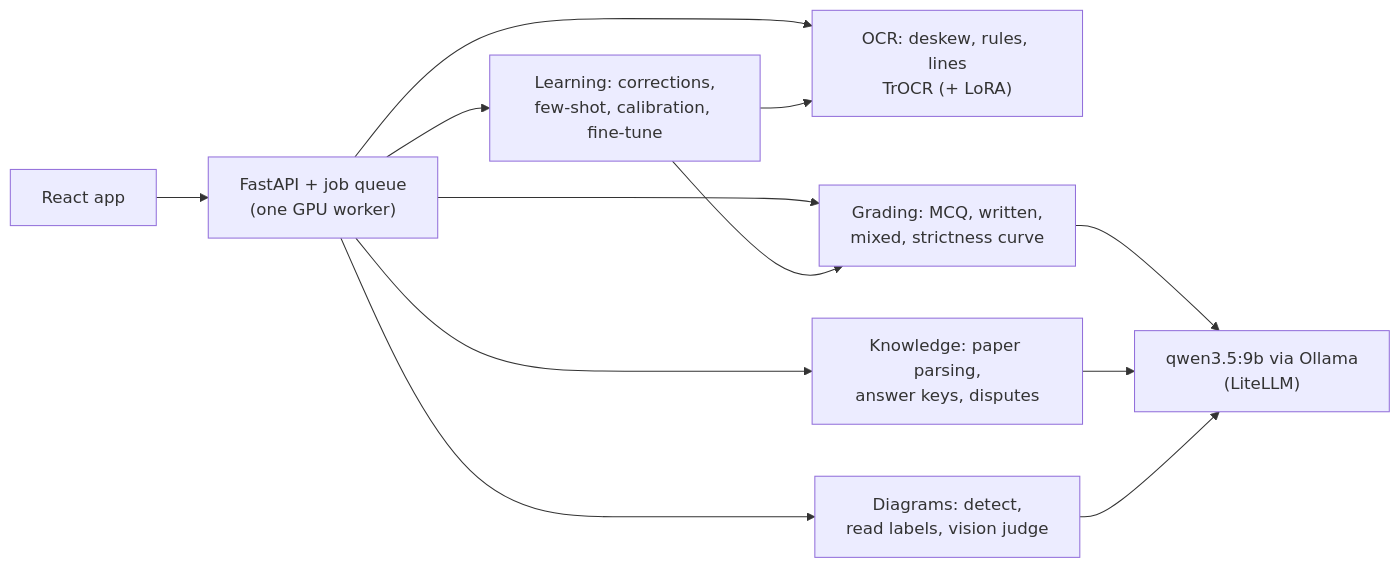
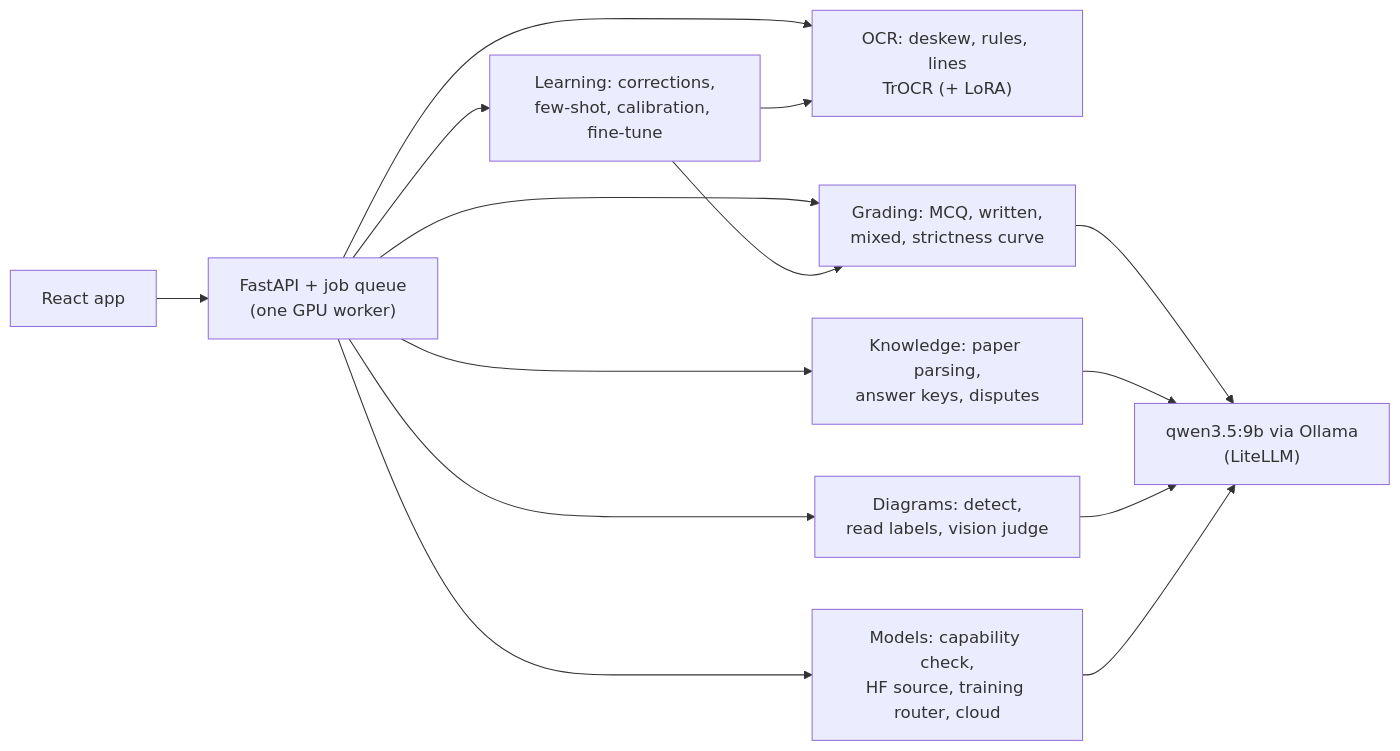
One commit to masanta-s/GradeForge changed the diagram in README.md. Above: the diagram before and after it, drawn with Mermaid. The commit also changed other lines of this file and 8 other files, not shown here.

````diff
--- a/README.md
+++ b/README.md
@@ -55,14 +80,16 @@
 ```mermaid
 flowchart LR
     UI["React app"] --> API["FastAPI + job queue<br/>(one GPU worker)"]
     API --> OCR["OCR: deskew, rules, lines<br/>TrOCR (+ LoRA)"]
     API --> DG["Diagrams: detect,<br/>read labels, vision judge"]
     API --> GR["Grading: MCQ, written,<br/>mixed, strictness curve"]
     API --> KN["Knowledge: paper parsing,<br/>answer keys, disputes"]
     GR --> LLM["qwen3.5:9b via Ollama<br/>(LiteLLM)"]
     KN --> LLM
     DG --> LLM
+    API --> MD["Models: capability check,<br/>HF source, training router, cloud"]
+    MD --> LLM
     API --> LE["Learning: corrections,<br/>few-shot, calibration, fine-tune"]
     LE --> GR
     LE --> OCR
 ```
````
